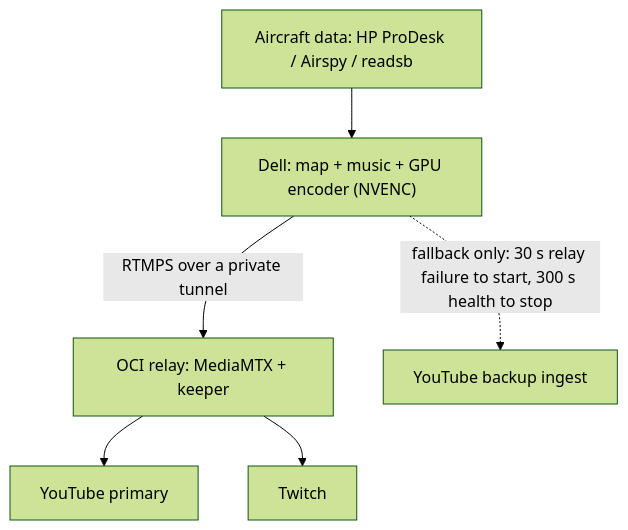
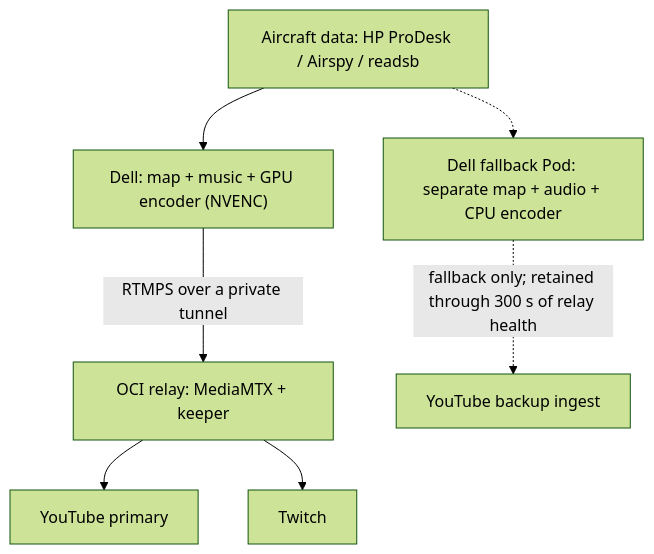
One commit to yukimurata0421/live-stream-systems-case-study changed the first of 2 diagrams in README.md. Above: the diagram before and after it, drawn with Mermaid (forest theme). The commit also changed other lines of this file and 36 other files, not shown here.

````diff
--- a/README.md
+++ b/README.md
@@ -63,8 +66,9 @@
 ```mermaid
 flowchart TB
     SOURCE["Aircraft data: HP ProDesk / Airspy / readsb"] --> MEDIA["Dell: map + music + GPU encoder (NVENC)"]
     MEDIA -->|"RTMPS over a private tunnel"| OCI["OCI relay: MediaMTX + keeper"]
     OCI --> YT["YouTube primary"]
     OCI --> TW["Twitch"]
-    MEDIA -.->|"fallback only: 30 s relay failure to start, 300 s health to stop"| YTB["YouTube backup ingest"]
+    SOURCE -.-> BACKUP["Dell fallback Pod: separate map + audio + CPU encoder"]
+    BACKUP -.->|"fallback only; retained through 300 s of relay health"| YTB["YouTube backup ingest"]
 ```
````
